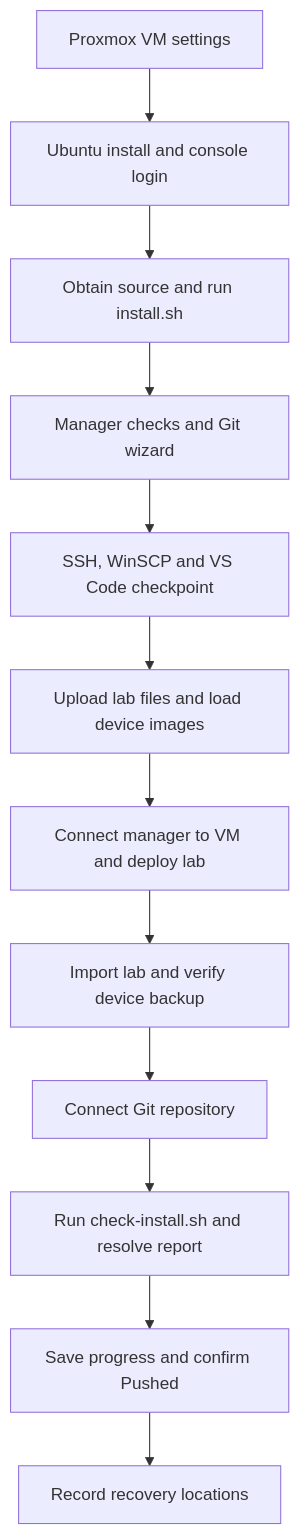
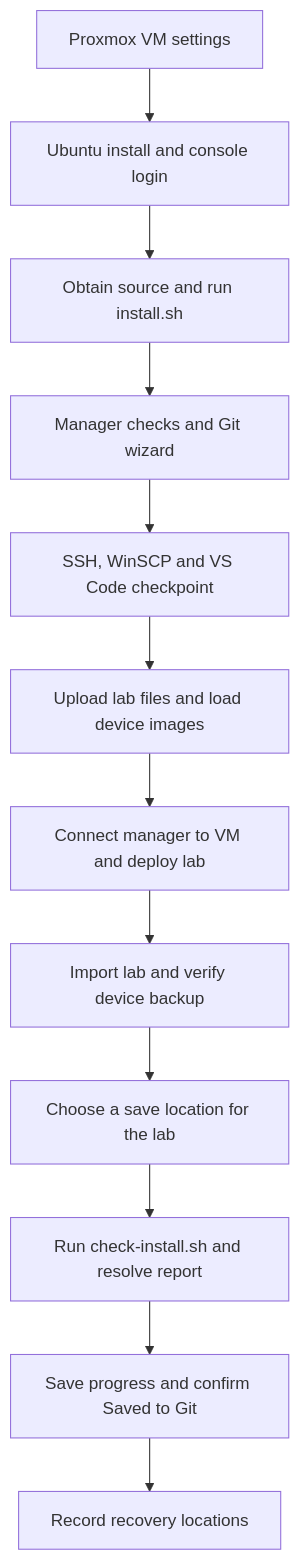
The diagram in docs/FRESH-VM-GUIDE-V2.md (ArchRuger/CLAB-BACKUP-WORKER-v2), drawn with Mermaid before and after one commit. The commit also changed other lines of this file and 93 other files, not shown here.

````diff
--- a/docs/FRESH-VM-GUIDE-V2.md
+++ b/docs/FRESH-VM-GUIDE-V2.md
@@ -62,14 +62,14 @@
 ```mermaid
 flowchart TD
     A[Proxmox VM settings] --> B[Ubuntu install and console login]
     B --> C[Obtain source and run install.sh]
     C --> D[Manager checks and Git wizard]
     D --> E[SSH, WinSCP and VS Code checkpoint]
     E --> F[Upload lab files and load device images]
     F --> G[Connect manager to VM and deploy lab]
     G --> H[Import lab and verify device backup]
-    H --> I[Connect Git repository]
+    H --> I[Choose a save location for the lab]
     I --> J[Run check-install.sh and resolve report]
-    J --> K[Save progress and confirm Pushed]
+    J --> K[Save progress and confirm Saved to Git]
     K --> L[Record recovery locations]
 ```
````
